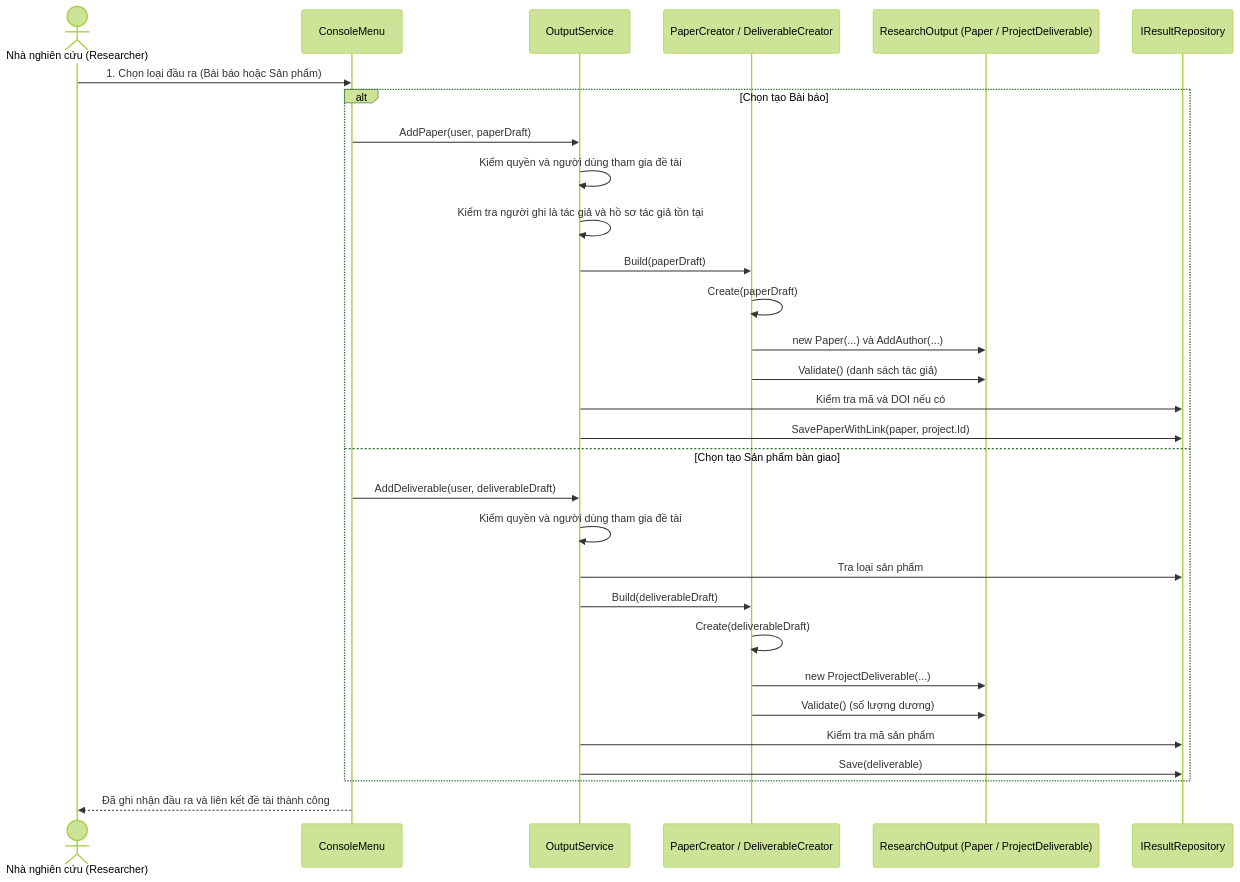
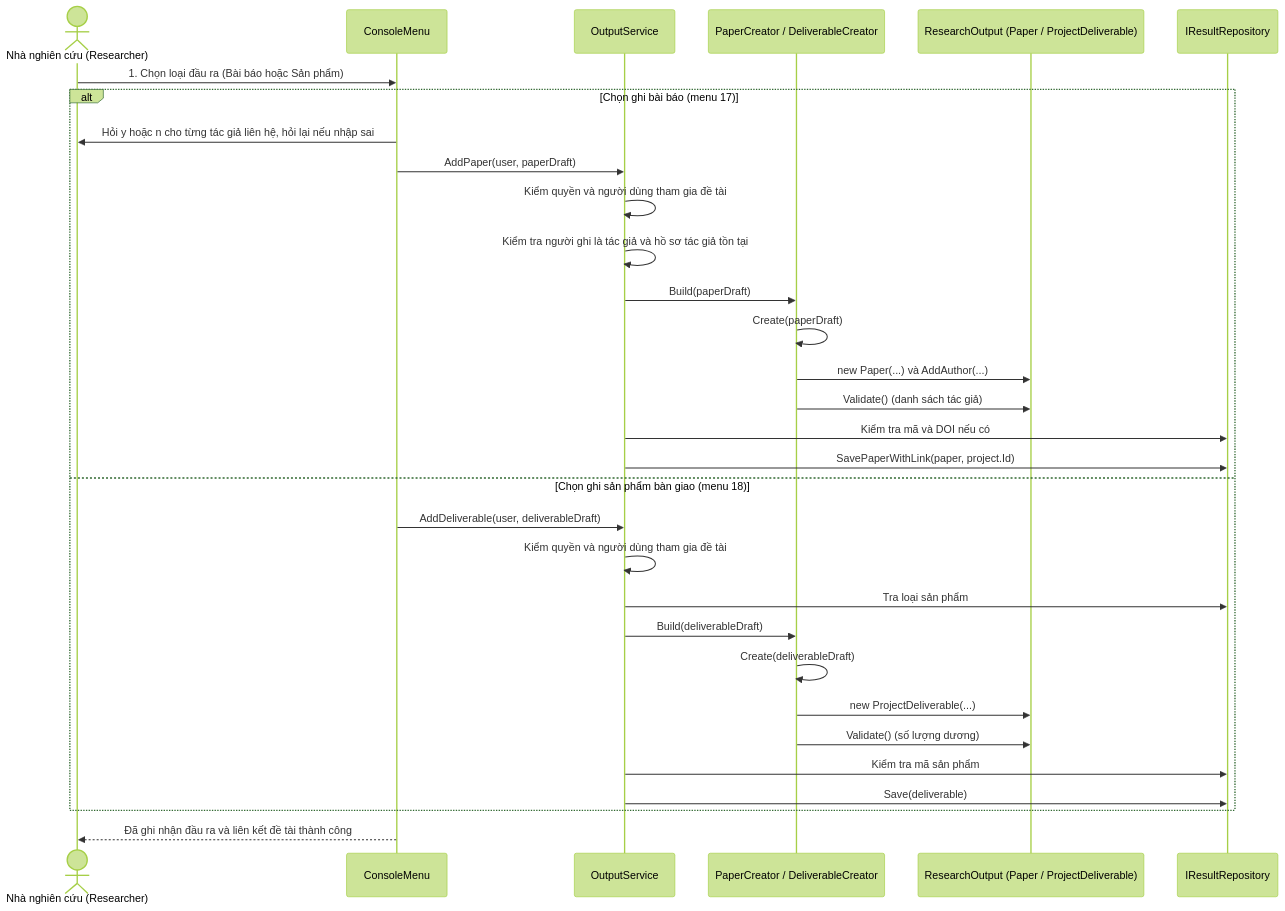
One commit to PKT-zZ/QLNCKH_OOP_FINAL changed the tenth of 10 diagrams in docs/uml.md. Above: the diagram before and after it, drawn with Mermaid (forest theme). The commit also changed other lines of this file and 5 other files, not shown here.

````diff
--- a/docs/uml.md
+++ b/docs/uml.md
@@ -712,33 +718,34 @@
 ```mermaid
 sequenceDiagram
     actor NNC as Nhà nghiên cứu (Researcher)
     participant UI as ConsoleMenu
     participant OS as OutputService
     participant Factory as PaperCreator / DeliverableCreator
     participant Out as ResearchOutput (Paper / ProjectDeliverable)
     participant Repo as IResultRepository
 
     NNC->>UI: 1. Chọn loại đầu ra (Bài báo hoặc Sản phẩm)
-    alt Chọn tạo Bài báo
+    alt Chọn ghi bài báo (menu 17)
+        UI->>NNC: Hỏi y hoặc n cho từng tác giả liên hệ, hỏi lại nếu nhập sai
         UI->>OS: AddPaper(user, paperDraft)
         OS->>OS: Kiểm quyền và người dùng tham gia đề tài
         OS->>OS: Kiểm tra người ghi là tác giả và hồ sơ tác giả tồn tại
         OS->>Factory: Build(paperDraft)
         Factory->>Factory: Create(paperDraft)
         Factory->>Out: new Paper(...) và AddAuthor(...)
         Factory->>Out: Validate() (danh sách tác giả)
         OS->>Repo: Kiểm tra mã và DOI nếu có
         OS->>Repo: SavePaperWithLink(paper, project.Id)
-    else Chọn tạo Sản phẩm bàn giao
+    else Chọn ghi sản phẩm bàn giao (menu 18)
         UI->>OS: AddDeliverable(user, deliverableDraft)
         OS->>OS: Kiểm quyền và người dùng tham gia đề tài
         OS->>Repo: Tra loại sản phẩm
         OS->>Factory: Build(deliverableDraft)
         Factory->>Factory: Create(deliverableDraft)
         Factory->>Out: new ProjectDeliverable(...)
         Factory->>Out: Validate() (số lượng dương)
         OS->>Repo: Kiểm tra mã sản phẩm
         OS->>Repo: Save(deliverable)
     end
     UI-->>NNC: Đã ghi nhận đầu ra và liên kết đề tài thành công
 ```
````
